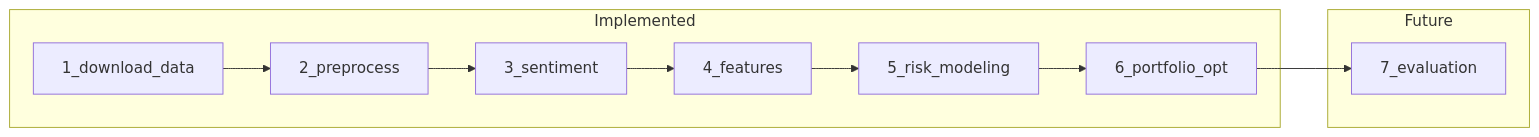
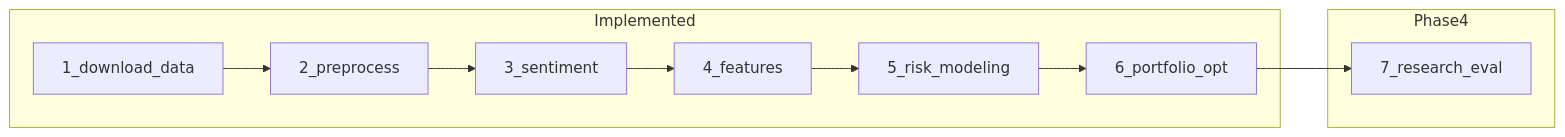
The first of 2 diagrams in README.md (R1G12/ai-quant-risk-engine), drawn with Mermaid before and after one commit. The commit also changed other lines of this file and 82 other files, not shown here.

````diff
--- a/README.md
+++ b/README.md
@@ -11,15 +12,15 @@
 ```mermaid
 flowchart LR
   subgraph done [Implemented]
     S1[1_download_data]
     S2[2_preprocess]
     S3[3_sentiment]
     S4[4_features]
     S5[5_risk_modeling]
     S6[6_portfolio_opt]
   end
-  subgraph planned [Future]
-    S7[7_evaluation]
+  subgraph done2 [Phase4]
+    S7[7_research_eval]
   end
   S1 --> S2 --> S3 --> S4 --> S5 --> S6 --> S7
 ```
````
